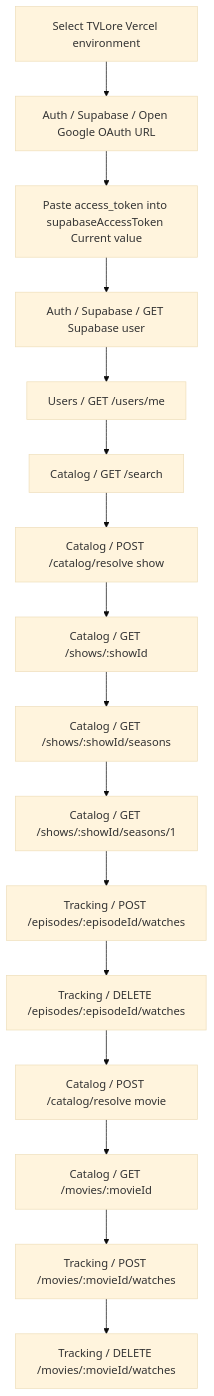
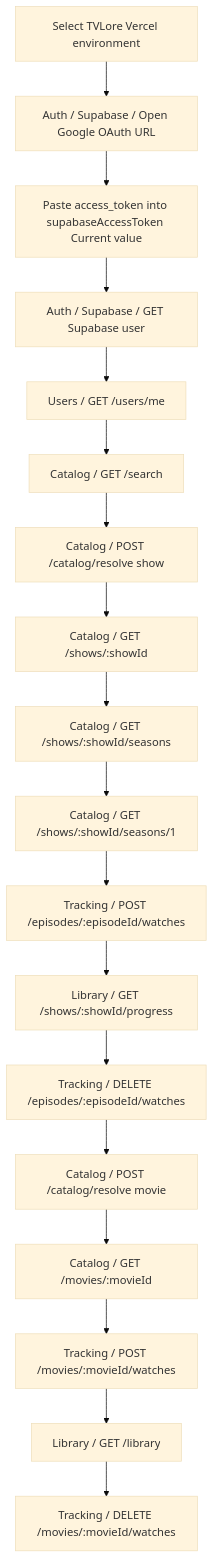
One commit to luiskabal/tvlore changed the ninth of 9 diagrams in docs/current-state.md. Above: the diagram before and after it, drawn with Mermaid (base theme). The commit also changed other lines of this file and 13 other files, not shown here.

````diff
--- a/docs/current-state.md
+++ b/docs/current-state.md
@@ -550,35 +553,39 @@
 ```mermaid
 flowchart TB
   Env[Select TVLore Vercel environment]
   Login[Auth / Supabase / Open Google OAuth URL]
   Token[Paste access_token into supabaseAccessToken Current value]
   Validate[Auth / Supabase / GET Supabase user]
   Me[Users / GET /users/me]
   Search[Catalog / GET /search]
   ResolveShow[Catalog / POST /catalog/resolve show]
   Show[Catalog / GET /shows/:showId]
   Seasons[Catalog / GET /shows/:showId/seasons]
   Season[Catalog / GET /shows/:showId/seasons/1]
   EpisodeWatch[Tracking / POST /episodes/:episodeId/watches]
+  Progress[Library / GET /shows/:showId/progress]
   EpisodeUnwatch[Tracking / DELETE /episodes/:episodeId/watches]
   ResolveMovie[Catalog / POST /catalog/resolve movie]
   Movie[Catalog / GET /movies/:movieId]
   MovieWatch[Tracking / POST /movies/:movieId/watches]
+  Library[Library / GET /library]
   MovieUnwatch[Tracking / DELETE /movies/:movieId/watches]
 
   Env --> Login
   Login --> Token
   Token --> Validate
   Validate --> Me
   Me --> Search
   Search --> ResolveShow
   ResolveShow --> Show
   Show --> Seasons
   Seasons --> Season
   Season --> EpisodeWatch
-  EpisodeWatch --> EpisodeUnwatch
+  EpisodeWatch --> Progress
+  Progress --> EpisodeUnwatch
   EpisodeUnwatch --> ResolveMovie
   ResolveMovie --> Movie
   Movie --> MovieWatch
-  MovieWatch --> MovieUnwatch
+  MovieWatch --> Library
+  Library --> MovieUnwatch
 ```
````
